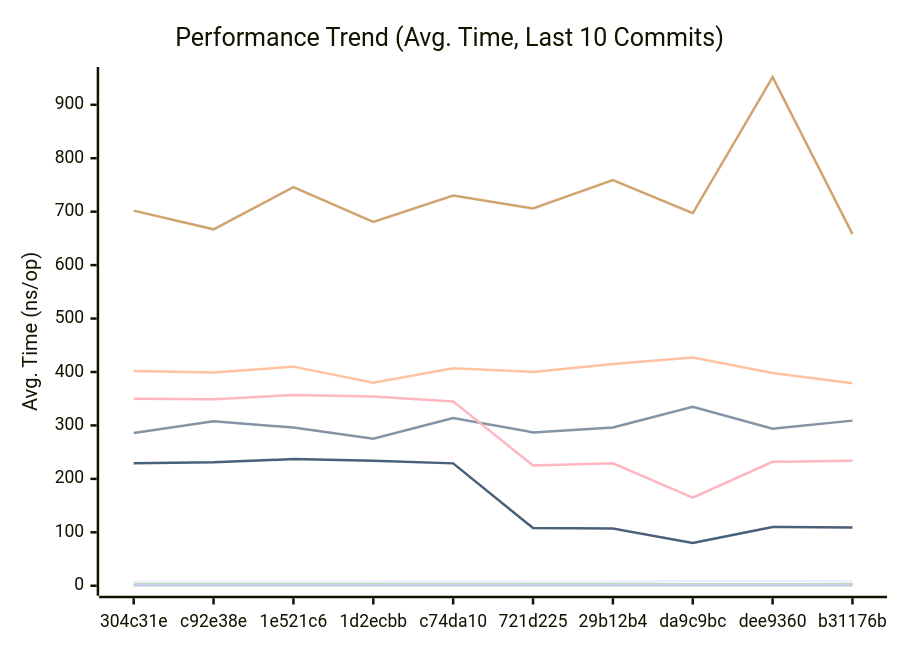
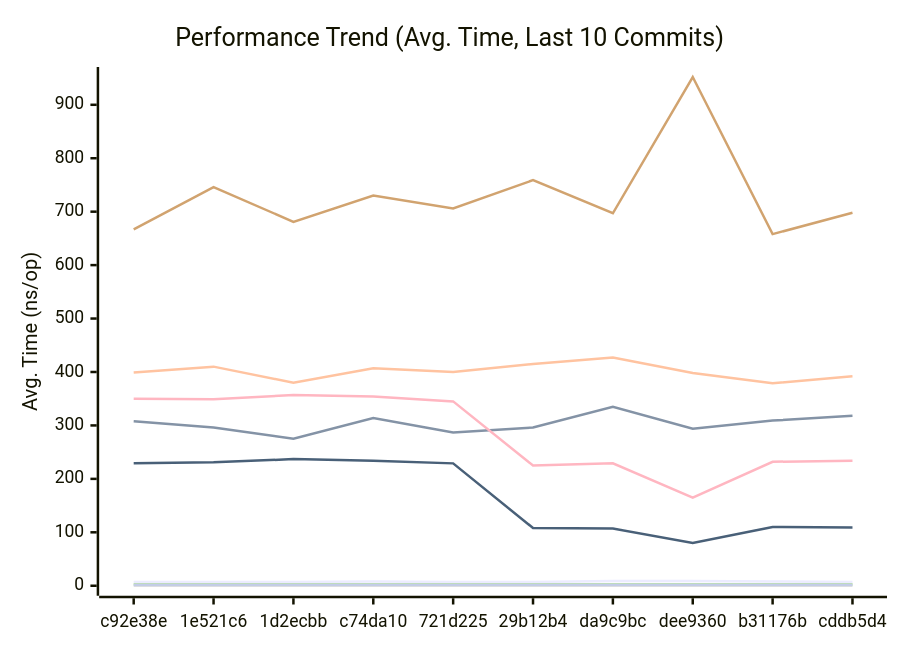
Before and after one commit to alsotoes/momo: the first of 3 diagrams in docs/PERFORMANCE.md, drawn with Mermaid. The commit also changed other lines of this file and 2 other files, not shown here.

````diff
--- a/docs/PERFORMANCE.md
+++ b/docs/PERFORMANCE.md
@@ -80,16 +80,16 @@
 ```mermaid
 xychart-beta
     title "Performance Trend (Avg. Time, Last 10 Commits)"
     x-axis "Commit"
     y-axis "Avg. Time (ns/op)"
-    x-axis [304c31e,c92e38e,1e521c6,1d2ecbb,c74da10,721d225,29b12b4,da9c9bc,dee9360,b31176b]
-    line "CheckMetricsAndSwap" [7,7,7,7,8,7,7,9,9,8]
-    line "CrushOptimized" [286,308,296,275,314,287,296,335,294,309]
-    line "CrushOriginal" [402,399,410,380,407,400,415,427,398,379]
+    x-axis [c92e38e,1e521c6,1d2ecbb,c74da10,721d225,29b12b4,da9c9bc,dee9360,b31176b,cddb5d4]
+    line "CheckMetricsAndSwap" [7,7,7,8,7,7,9,9,8,7]
+    line "CrushOptimized" [308,296,275,314,287,296,335,294,309,318]
+    line "CrushOriginal" [399,410,380,407,400,415,427,398,379,392]
     line "IndexDirectTracking" [0,0,0,0,0,0,0,0,0,0]
     line "IndexSearch" [3,3,3,3,3,3,3,3,3,3]
-    line "LoadGlobalConfig" [702,667,746,681,730,706,759,697,952,658]
+    line "LoadGlobalConfig" [667,746,681,730,706,759,697,952,658,698]
     line "PadString" [2,2,2,2,2,2,2,2,2,2]
     line "ParseReplicationOrder_NoPrealloc" [350,349,357,354,345,225,229,165,232,234]
     line "ParseReplicationOrder_Prealloc" [229,231,237,234,229,108,107,80,110,109]
 ```
````
